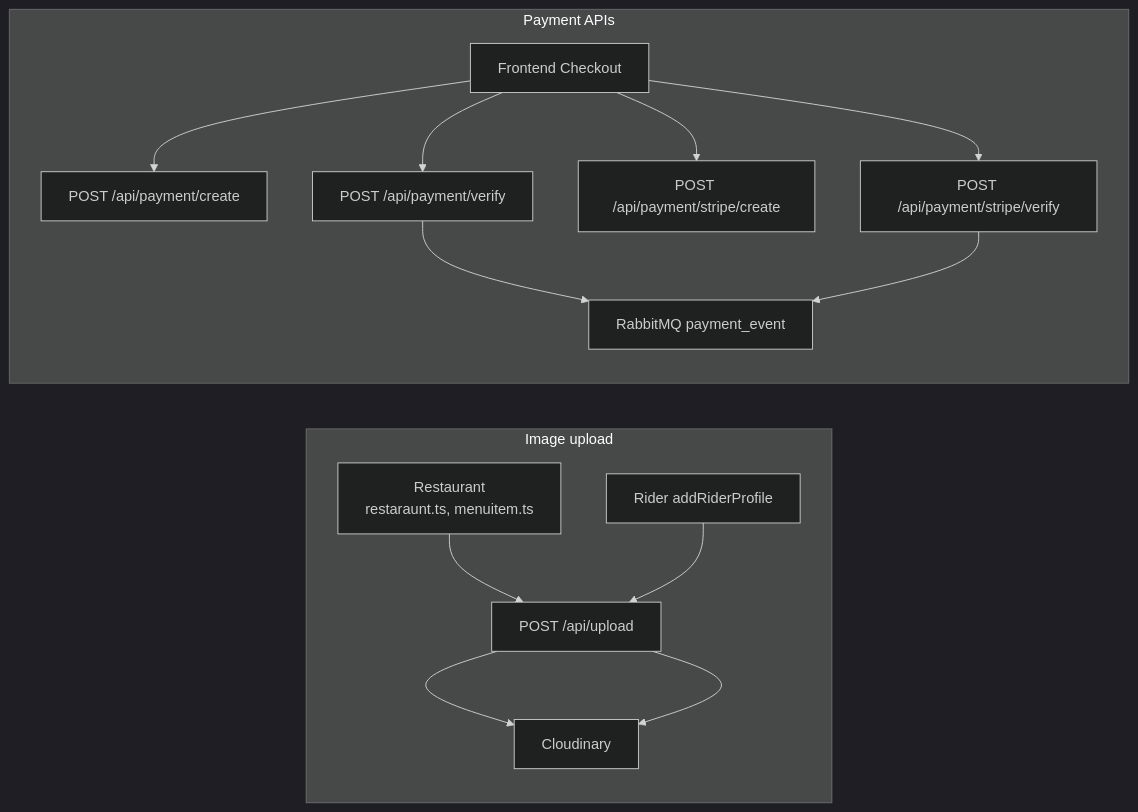
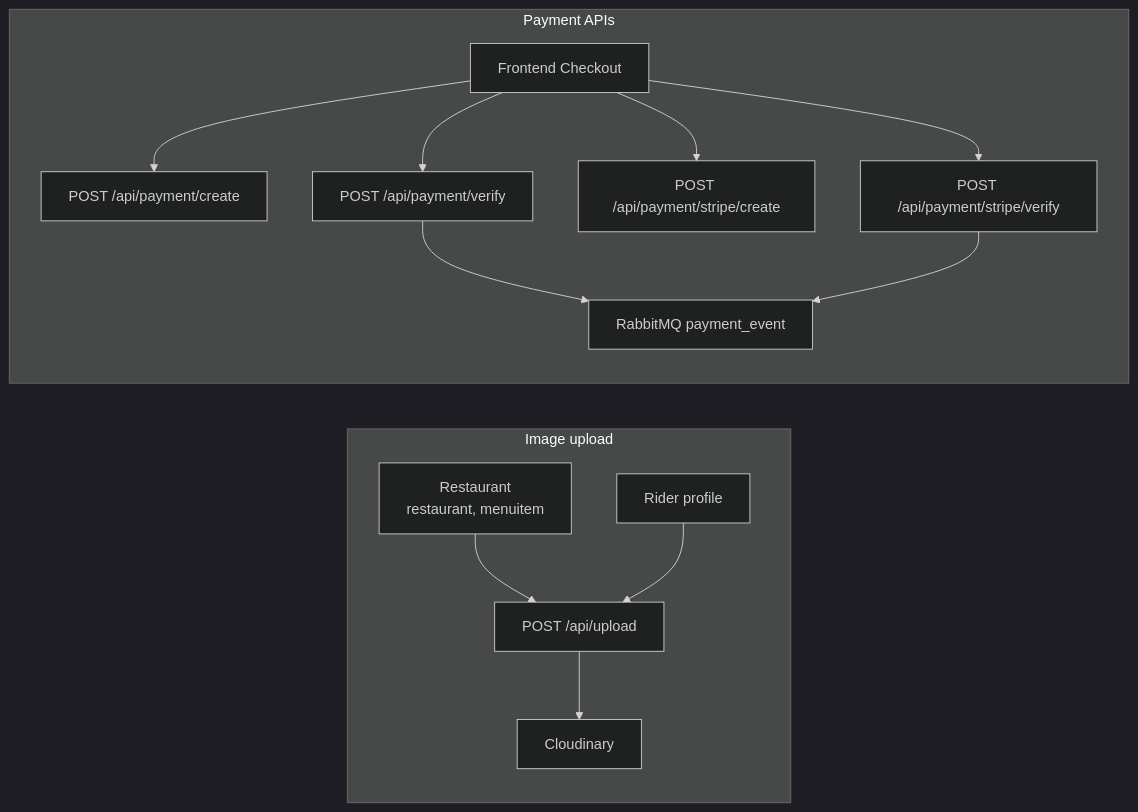
One commit to subhm2004/ByteBites changed diagram 15 of 18 in ARCHITECTURE.md. Above: the diagram before and after it, drawn with Mermaid (dark theme). The commit also changed other lines of this file and 1 other file, not shown here.

````diff
--- a/ARCHITECTURE.md
+++ b/ARCHITECTURE.md
@@ -278,21 +532,20 @@
 ```mermaid
 flowchart LR
     subgraph Upload["Image upload"]
-        REST_U["Restaurant<br/>restaraunt.ts, menuitem.ts"]
-        RID_U["Rider addRiderProfile"]
+        REST_U["Restaurant<br/>restaurant, menuitem"]
+        RID_U["Rider profile"]
         API["POST /api/upload"]
         CL["Cloudinary"]
-        REST_U --> API --> CL
-        RID_U --> API --> CL
+        REST_U & RID_U --> API --> CL
     end
 
     subgraph Pay["Payment APIs"]
         FE["Frontend Checkout"]
         P1["POST /api/payment/create"]
         P2["POST /api/payment/verify"]
         S1["POST /api/payment/stripe/create"]
         S2["POST /api/payment/stripe/verify"]
         FE --> P1 & P2 & S1 & S2
         P2 & S2 --> Q["RabbitMQ payment_event"]
     end
 ```
````
